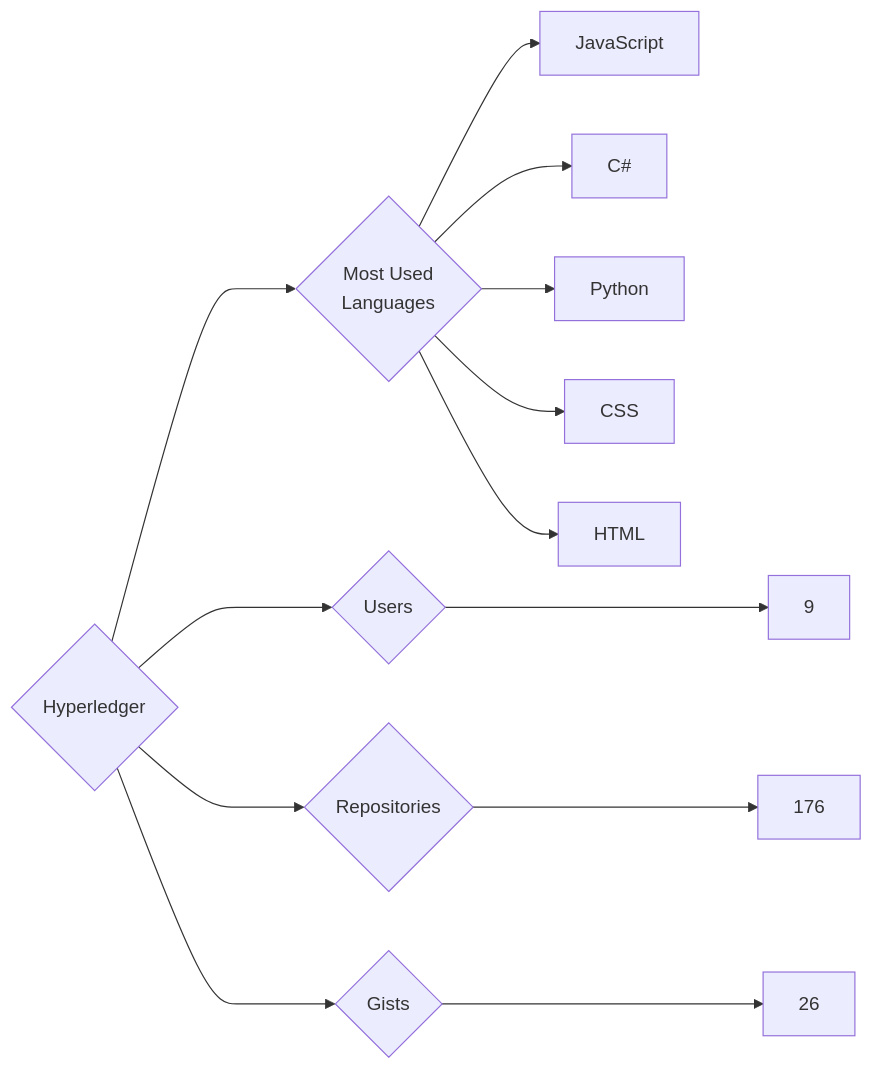
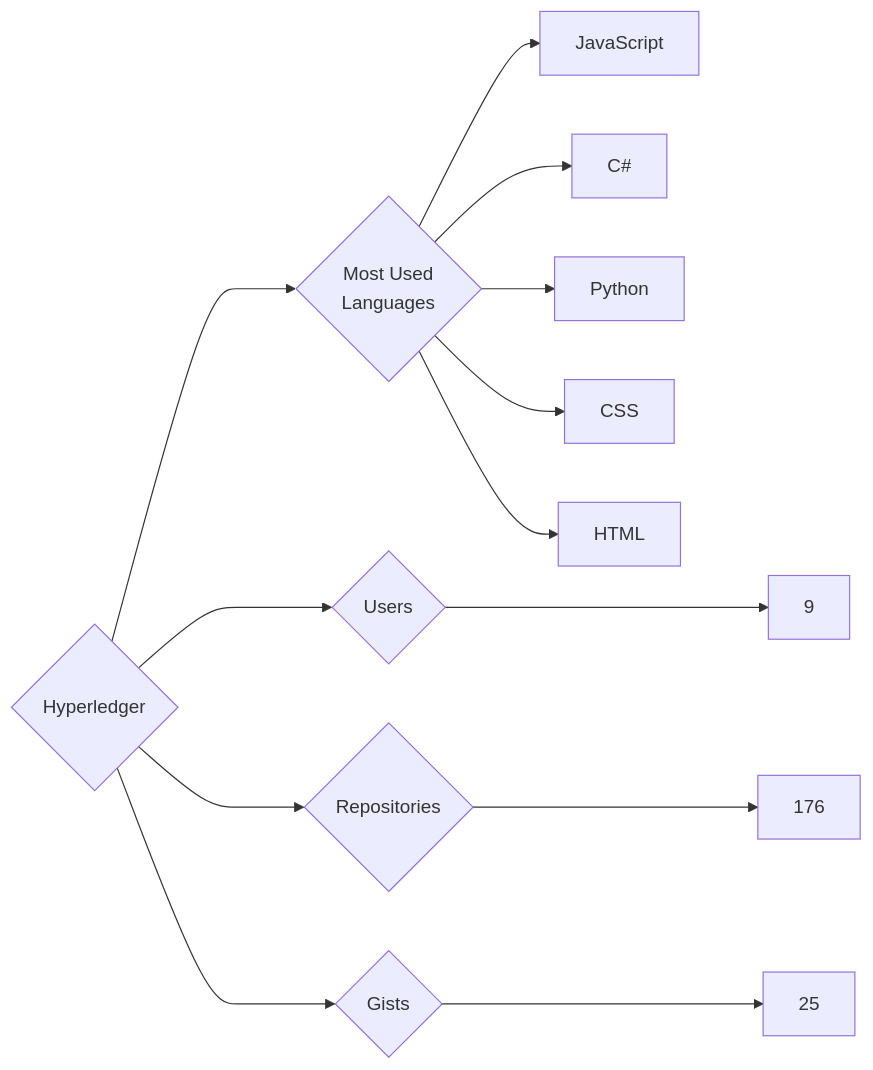
Before and after one commit to trickest/insiders: the diagram in targets/Hyperledger/README.md, drawn with Mermaid. The commit also changed 1055 other files, not shown here.

````diff
--- a/targets/Hyperledger/README.md
+++ b/targets/Hyperledger/README.md
@@ -3,13 +3,13 @@
 ```mermaid
 graph LR
 COMPANY_NAME{Hyperledger}
 COMPANY_NAME ---> U{Users} ---> UN[9]
 COMPANY_NAME ---> R{Repositories} ---> RN[176]
-COMPANY_NAME ---> G{Gists} ---> GN[26]
+COMPANY_NAME ---> G{Gists} ---> GN[25]
 COMPANY_NAME ---> ML{Most Used<br>Languages}
 ML --> JavaScript[JavaScript]
 ML --> C#[C#]
 ML --> Python[Python]
 ML --> CSS[CSS]
 ML --> HTML[HTML]
 ```
````
